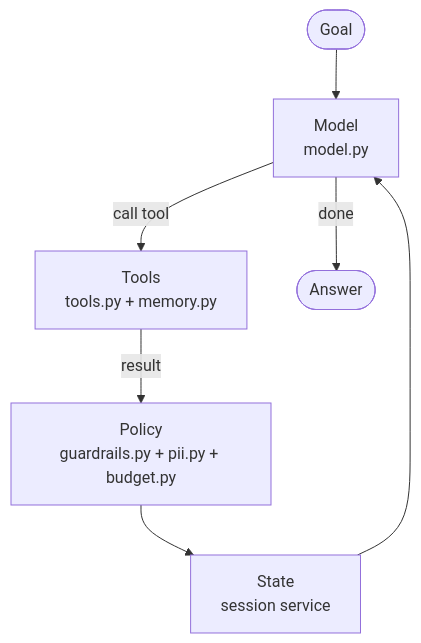
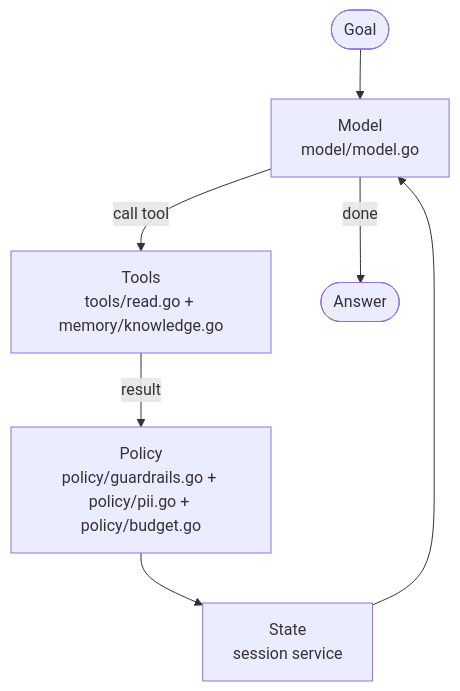
One commit to LuiGGi629/agentops-open-course changed the first of 3 diagrams in content/0. Overview/0.1. Agents.md. Above: the diagram before and after it, drawn with Mermaid. The commit also changed other lines of this file and 87 other files, not shown here.

````diff
--- a/content/0. Overview/0.1. Agents.md
+++ b/content/0. Overview/0.1. Agents.md
@@ -79,9 +79,9 @@
 ```mermaid
 flowchart TD
-    Goal([Goal]) --> Model["Model<br/>model.py"]
-    Model -->|call tool| Tools["Tools<br/>tools.py + memory.py"]
-    Tools -->|result| Policy["Policy<br/>guardrails.py + pii.py + budget.py"]
+    Goal([Goal]) --> Model["Model<br/>model/model.go"]
+    Model -->|call tool| Tools["Tools<br/>tools/read.go + memory/knowledge.go"]
+    Tools -->|result| Policy["Policy<br/>policy/guardrails.go + policy/pii.go + policy/budget.go"]
     Policy --> State["State<br/>session service"]
     State --> Model
     Model -->|done| Answer([Answer])
 ```
````
